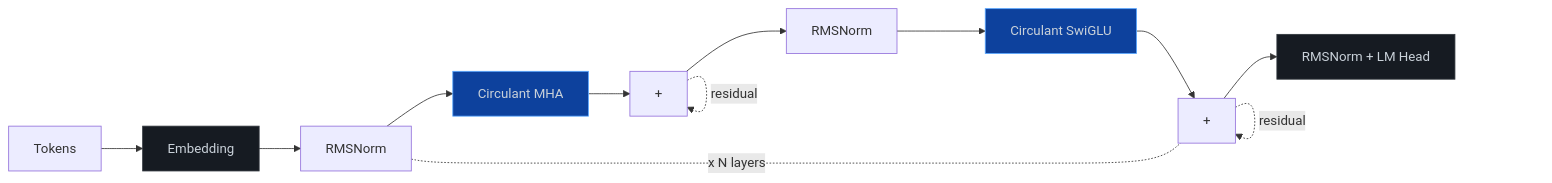
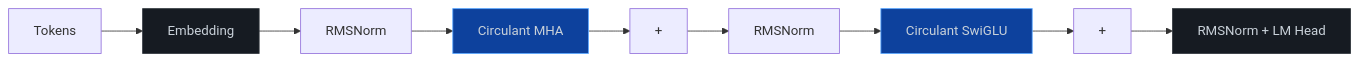
The first of 4 diagrams in README.md (justinarndt/SIREN), drawn with Mermaid before and after one commit. The commit also changed other lines of this file, not shown here.

Commit message:
fix: valid Mermaid syntax for architecture diagram

````diff
--- a/README.md
+++ b/README.md
@@ -39,12 +39,16 @@
 ```mermaid
 graph LR
-    TOK["Tokens"] --> EMB["Embedding"] --> N1["RMSNorm"] --> MHA["Circulant MHA"] --> R1["+"] --> N2["RMSNorm"] --> FFN["Circulant SwiGLU"] --> R2["+"] --> OUT["RMSNorm + LM Head"]
-    R1 -.->|residual| R1
-    R2 -.->|residual| R2
-    N1 -.- |"x N layers"| R2
+    TOK["Tokens"] --> EMB["Embedding"]
+    EMB --> N1["RMSNorm"]
+    N1 --> MHA["Circulant MHA"]
+    MHA --> R1["+"]
+    R1 --> N2["RMSNorm"]
+    N2 --> FFN["Circulant SwiGLU"]
+    FFN --> R2["+"]
+    R2 --> OUT["RMSNorm + LM Head"]
 
     style MHA fill:#0d419d,stroke:#58a6ff,color:#c9d1d9
     style FFN fill:#0d419d,stroke:#58a6ff,color:#c9d1d9
     style EMB fill:#161b22,stroke:#30363d,color:#c9d1d9
     style OUT fill:#161b22,stroke:#30363d,color:#c9d1d9
 ```
````
